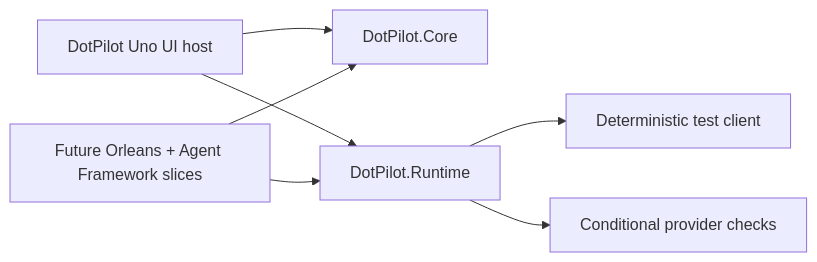
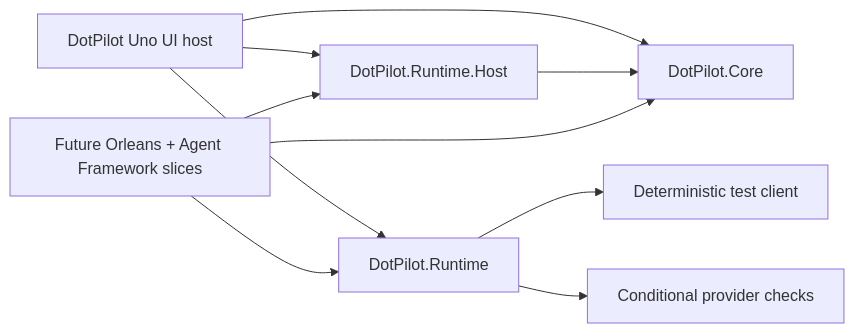
The diagram in docs/ADR/ADR-0003-vertical-slices-and-ui-only-uno-app.md (managedcode/dotPilot), drawn with Mermaid before and after one commit. The commit also changed other lines of this file and 34 other files, not shown here.

````diff
--- a/docs/ADR/ADR-0003-vertical-slices-and-ui-only-uno-app.md
+++ b/docs/ADR/ADR-0003-vertical-slices-and-ui-only-uno-app.md
@@ -41,16 +42,20 @@
 ```mermaid
 flowchart LR
   Ui["DotPilot Uno UI host"]
   Core["DotPilot.Core"]
   Runtime["DotPilot.Runtime"]
+  Host["DotPilot.Runtime.Host"]
   TestClient["Deterministic test client"]
   ProviderChecks["Conditional provider checks"]
   Future["Future Orleans + Agent Framework slices"]
 
   Ui --> Core
   Ui --> Runtime
+  Ui --> Host
+  Host --> Core
   Runtime --> TestClient
   Runtime --> ProviderChecks
   Future --> Core
   Future --> Runtime
+  Future --> Host
 ```
````
